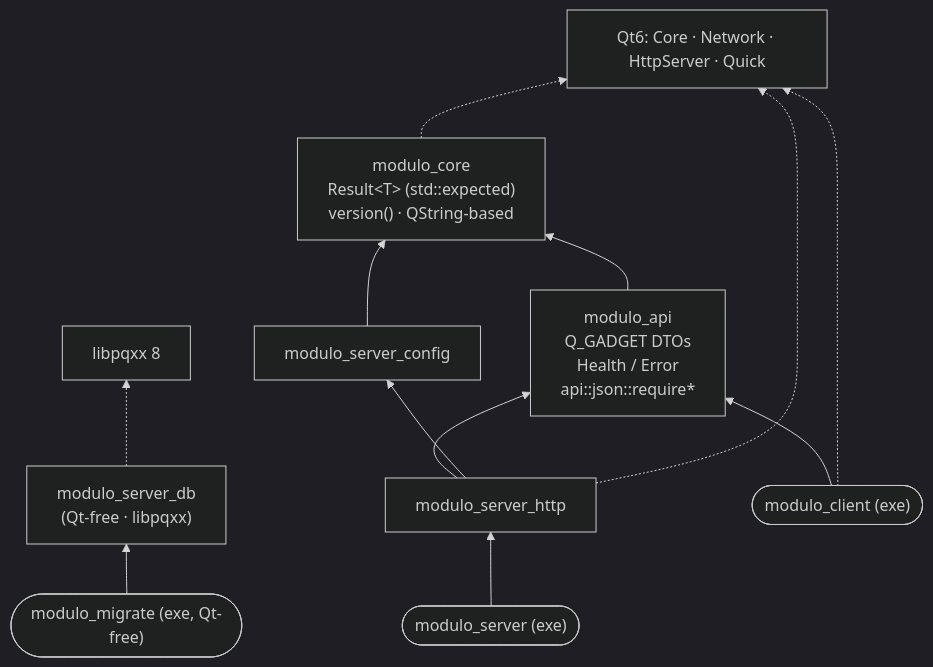
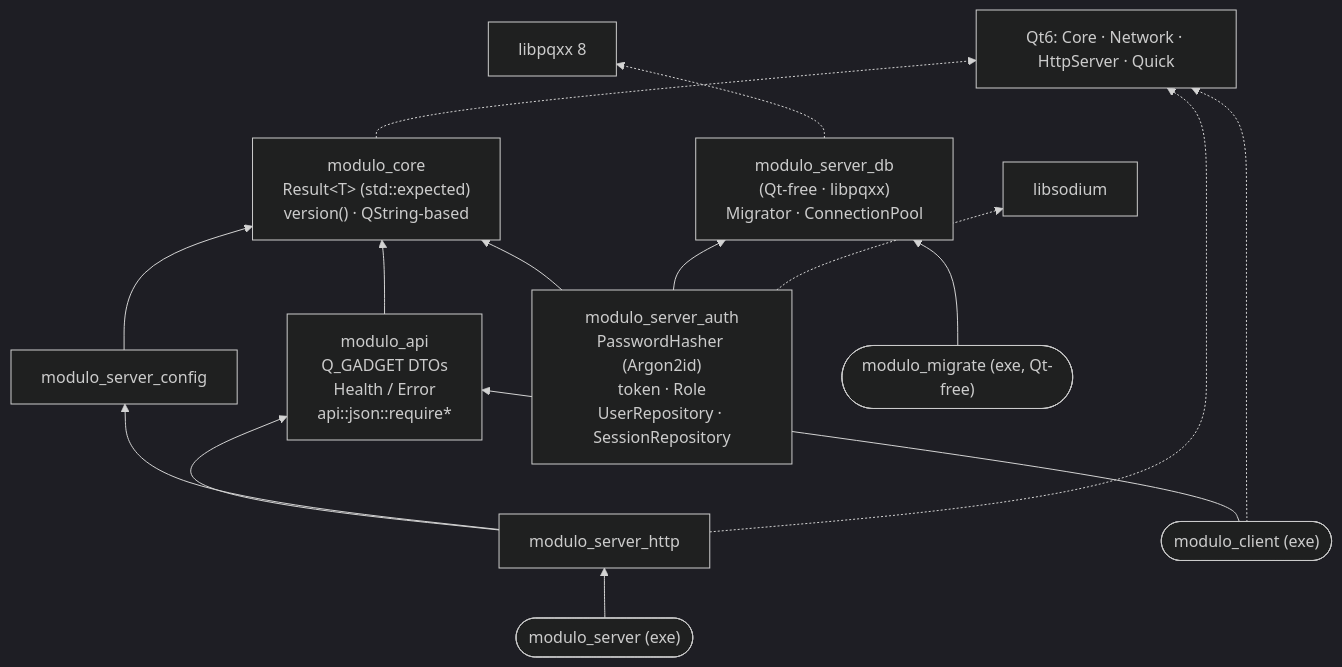
One commit to angelobarbu/Modulo changed the second of 6 diagrams in docs/high_level_design.md. Above: the diagram before and after it, drawn with Mermaid (dark theme). The commit also changed other lines of this file and 30 other files, not shown here.

````diff
--- a/docs/high_level_design.md
+++ b/docs/high_level_design.md
@@ -55,33 +55,42 @@
 ```mermaid
 flowchart BT
     core["modulo_core
 Result&lt;T&gt; (std::expected)
 version() · QString-based"]
     api["modulo_api
 Q_GADGET DTOs
 Health / Error
 api::json::require*"]
     cfg["modulo_server_config"]
     httpm["modulo_server_http"]
     dbm["modulo_server_db
-(Qt-free · libpqxx)"]
+(Qt-free · libpqxx)
+Migrator · ConnectionPool"]
+    authm["modulo_server_auth
+PasswordHasher (Argon2id)
+token · Role
+UserRepository · SessionRepository"]
 
     server(["modulo_server (exe)"])
     migrateexe(["modulo_migrate (exe, Qt-free)"])
     clientexe(["modulo_client (exe)"])
 
     api --> core
     cfg --> core
+    authm --> core
+    authm --> dbm
     httpm --> api
     httpm --> cfg
     server --> httpm
     migrateexe --> dbm
     clientexe --> api
 
     qt["Qt6: Core · Network · HttpServer · Quick"]
     pqxx["libpqxx 8"]
+    sodium["libsodium"]
     httpm -.-> qt
     clientexe -.-> qt
     core -.-> qt
     dbm -.-> pqxx
+    authm -.-> sodium
 ```
````
